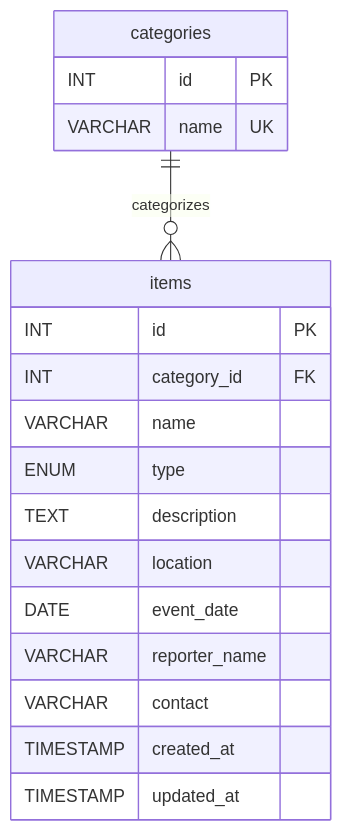
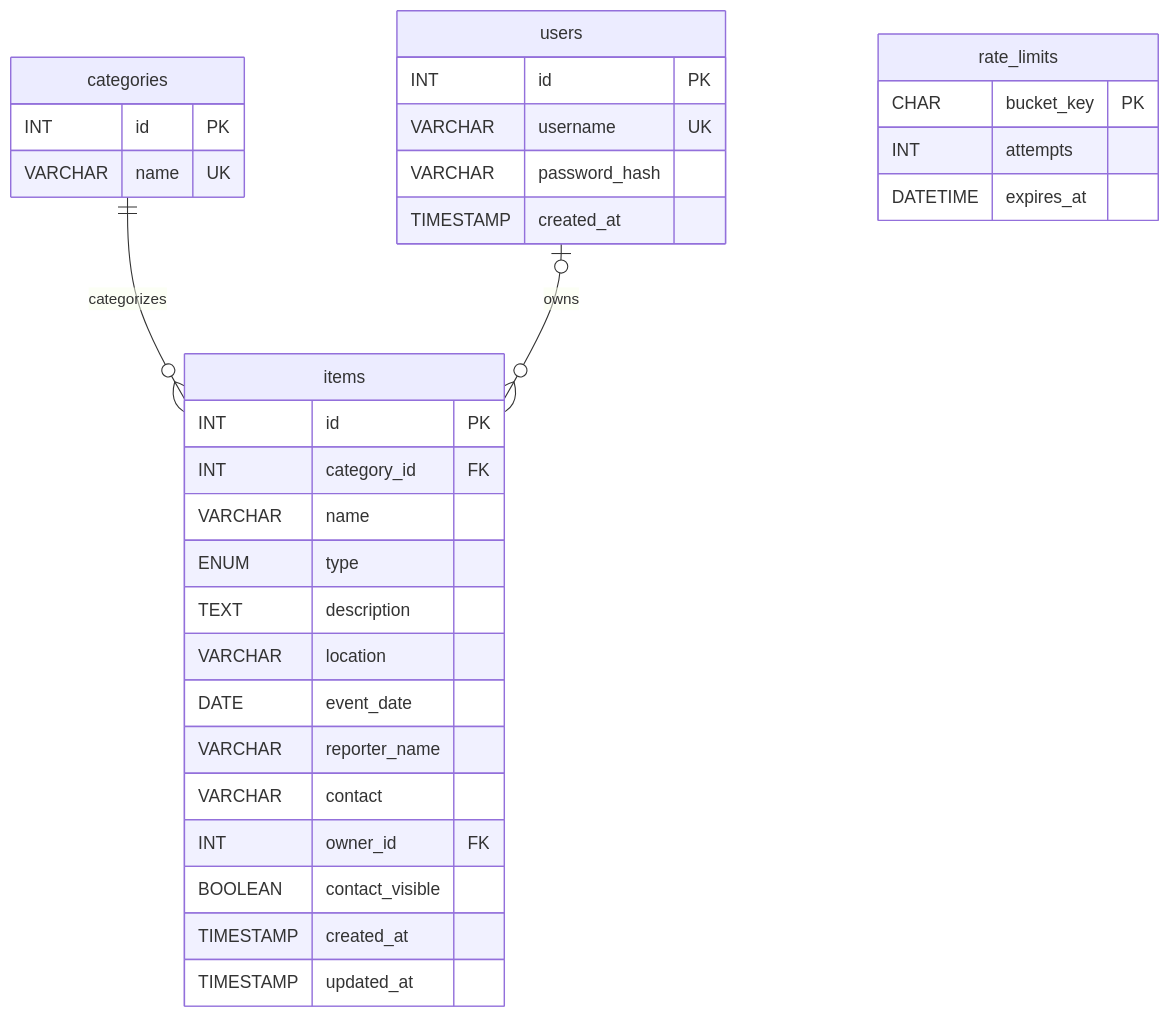
The diagram in README.md (arasaratnamthisoraj-hash/university-lost-and-found-portal), drawn with Mermaid before and after one commit. The commit also changed other lines of this file and 19 other files, not shown here.

````diff
--- a/README.md
+++ b/README.md
@@ -39,21 +61,35 @@
 ```mermaid
 erDiagram
     categories ||--o{ items : categorizes
+    users o|--o{ items : owns
+    users {
+        INT id PK
+        VARCHAR username UK
+        VARCHAR password_hash
+        TIMESTAMP created_at
+    }
+    rate_limits {
+        CHAR bucket_key PK
+        INT attempts
+        DATETIME expires_at
+    }
     categories {
         INT id PK
         VARCHAR name UK
     }
     items {
         INT id PK
         INT category_id FK
         VARCHAR name
         ENUM type
         TEXT description
         VARCHAR location
         DATE event_date
         VARCHAR reporter_name
         VARCHAR contact
+        INT owner_id FK
+        BOOLEAN contact_visible
         TIMESTAMP created_at
         TIMESTAMP updated_at
     }
 ```
````
